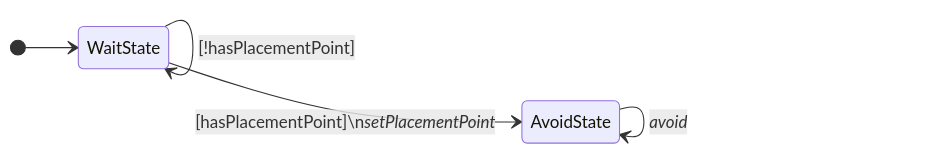
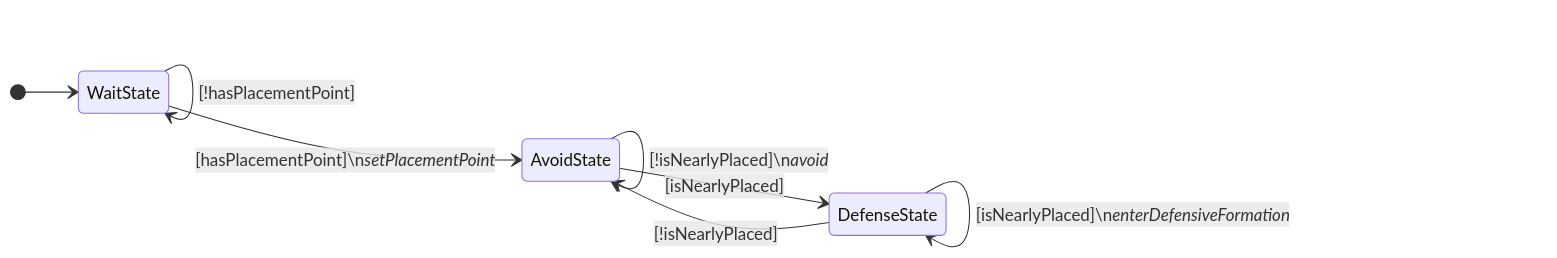
The fifth of 23 diagrams in docs/fsm-diagrams.md (UBC-Thunderbots/Software), drawn with Mermaid before and after one commit.

Commit message:
Add fsm diagram

````diff
--- a/docs/fsm-diagrams.md
+++ b/docs/fsm-diagrams.md
@@ -80,11 +80,14 @@
 ```mermaid
 
 stateDiagram-v2
 classDef terminate fill:white,color:black,font-weight:bold
 direction LR
 [*] --> WaitState
 WaitState --> AvoidState : [hasPlacementPoint]\n<i>setPlacementPoint</i>
 WaitState --> WaitState : [!hasPlacementPoint]
-AvoidState --> AvoidState : <i>avoid</i>
+AvoidState --> AvoidState : [!isNearlyPlaced]\n<i>avoid</i>
+AvoidState --> DefenseState : [isNearlyPlaced]
+DefenseState --> DefenseState : [isNearlyPlaced]\n<i>enterDefensiveFormation</i>
+DefenseState --> AvoidState : [!isNearlyPlaced]
 
 ```
````
